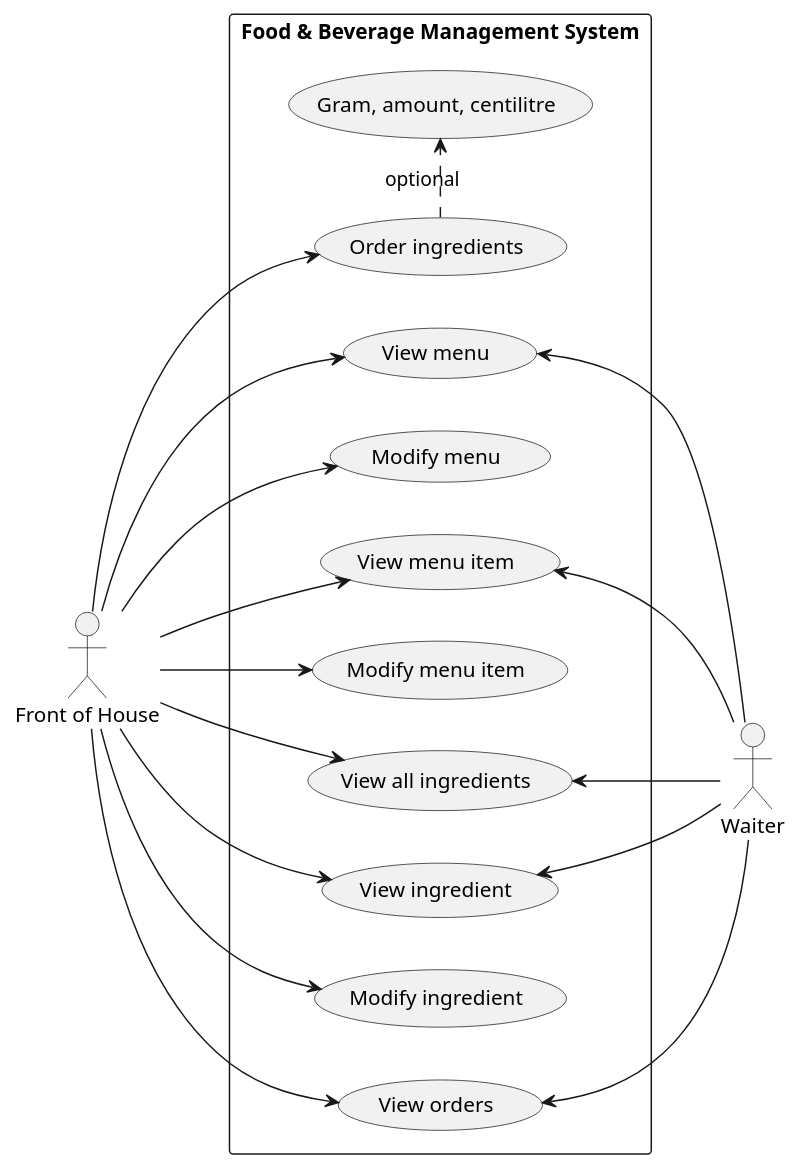
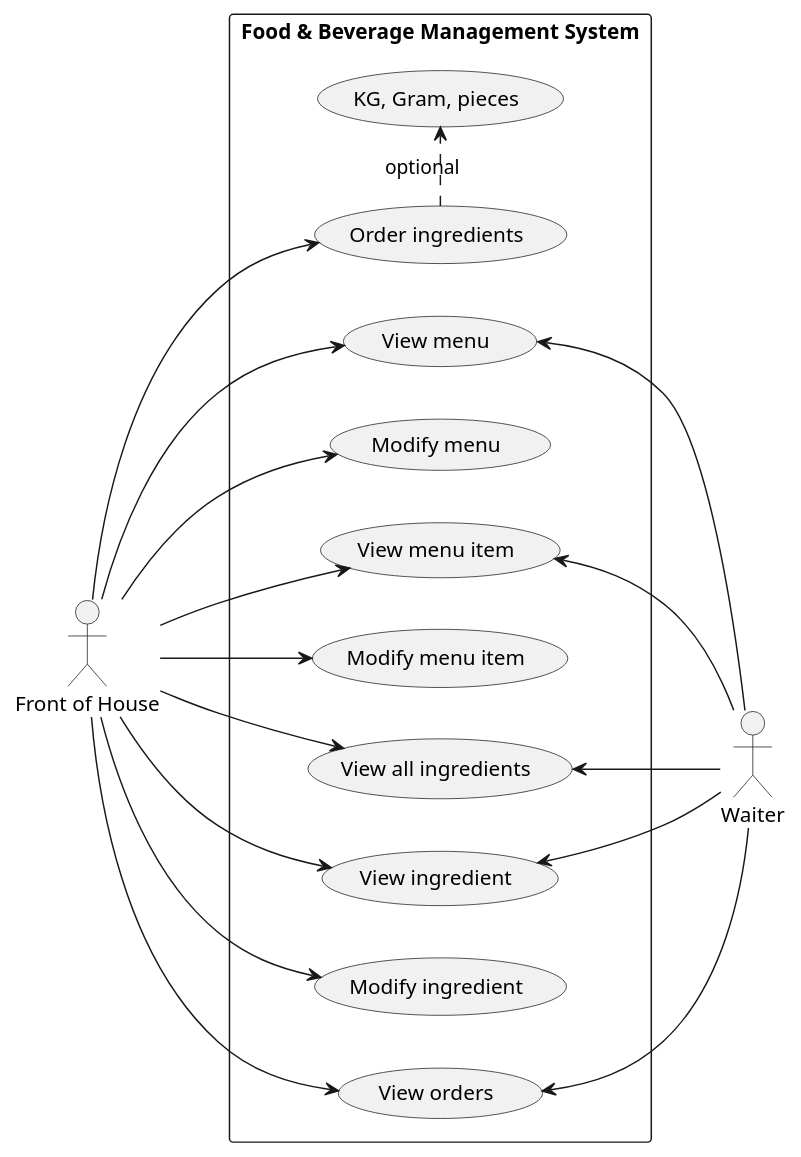
The diagram in src/main/docs/uml/use-case/restaurant/bar.puml (mrjink/molveno), drawn with PlantUML before and after one commit.

Commit message:
Use case Food & Beverage management order ingredients optional adjust value from Gram, amount & centilitre to KG, Gram, pieces

```diff
--- a/src/main/docs/uml/use-case/restaurant/bar.puml
+++ b/src/main/docs/uml/use-case/restaurant/bar.puml
@@ -1,42 +1,42 @@
 @startuml
 
 left to right direction
 
 actor "Front of House" as FoH
 actor Waiter
 
 rectangle "Food & Beverage Management System" {
     (View menu) as (MenuView)
     (Modify menu) as (MenuUpdate)
 
     (View menu item) as (MenuItemView)
     (Modify menu item) as (MenuItemUpdate)
 
     (View all ingredients) as (IngredientAll)
     (View ingredient) as (IngredientView)
     (Modify ingredient) as (IngredientUpdate)
     (Order ingredients) as (IngredientOrder)
     (View orders) as (BarOrderView)
-    (Gram, amount, centilitre) as (IngredientQuantity)
+    (KG, Gram, pieces) as (IngredientQuantity)
 
     (IngredientOrder) .> (IngredientQuantity) : optional
 
     FoH --> (MenuView)
     FoH --> (MenuUpdate)
     FoH --> (MenuItemView)
     FoH --> (MenuItemUpdate)
 
     FoH --> (IngredientAll)
     FoH --> (IngredientView)
     FoH --> (IngredientUpdate)
     FoH --> (IngredientOrder)
     FoH --> (BarOrderView)
 
     (MenuView) <-- Waiter
     (MenuItemView) <-- Waiter
     (IngredientAll) <-- Waiter
     (IngredientView) <-- Waiter
     (BarOrderView) <-- Waiter
 }
 
 @enduml
```
